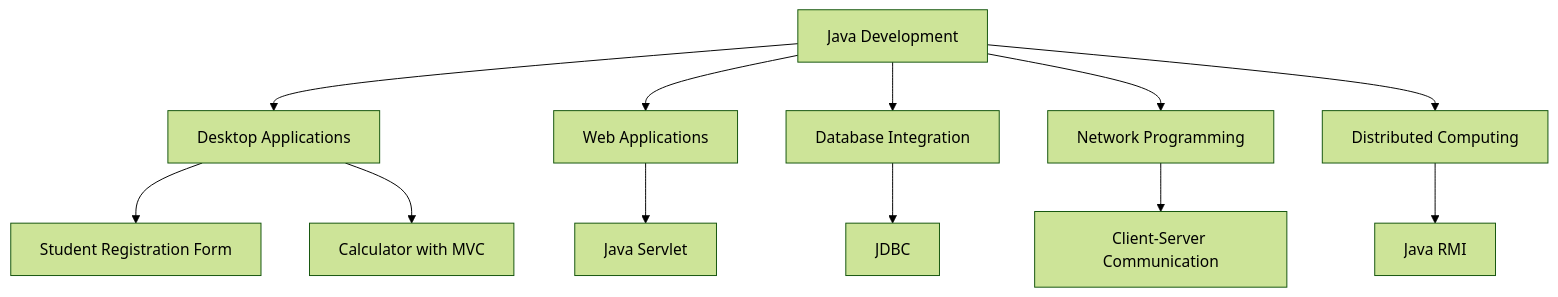
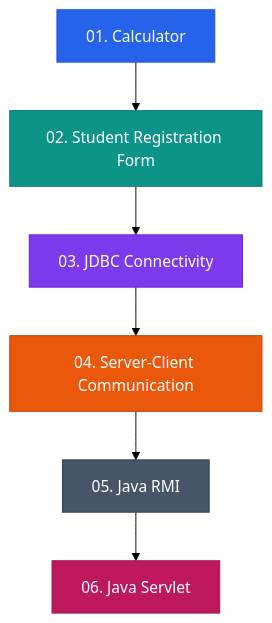
The first of 7 diagrams in README.md (khushiag07/Java_Project), drawn with Mermaid (forest theme) before and after one commit. The commit also changed other lines of this file, not shown here.

````diff
--- a/README.md
+++ b/README.md
@@ -37,15 +36,15 @@
 ```mermaid
 flowchart TD
-    A[Java Development] --> B[Desktop Applications]
-    A --> C[Web Applications]
-    A --> D[Database Integration]
-    A --> E[Network Programming]
-    A --> F[Distributed Computing]
+    A["01. Calculator"] --> B["02. Student Registration Form"]
+    B --> C["03. JDBC Connectivity"]
+    C --> D["04. Server-Client Communication"]
+    D --> E["05. Java RMI"]
+    E --> F["06. Java Servlet"]
 
-    B --> G[Student Registration Form]
-    B --> H[Calculator with MVC]
-    C --> I[Java Servlet]
-    D --> J[JDBC]
-    E --> K[Client-Server Communication]
-    F --> L[Java RMI]
+    style A fill:#2563eb,color:#fff,stroke:#1d4ed8
+    style B fill:#0d9488,color:#fff,stroke:#0f766e
+    style C fill:#7c3aed,color:#fff,stroke:#6d28d9
+    style D fill:#ea580c,color:#fff,stroke:#c2410c
+    style E fill:#475569,color:#fff,stroke:#334155
+    style F fill:#be185d,color:#fff,stroke:#9d174d
 ```
````
